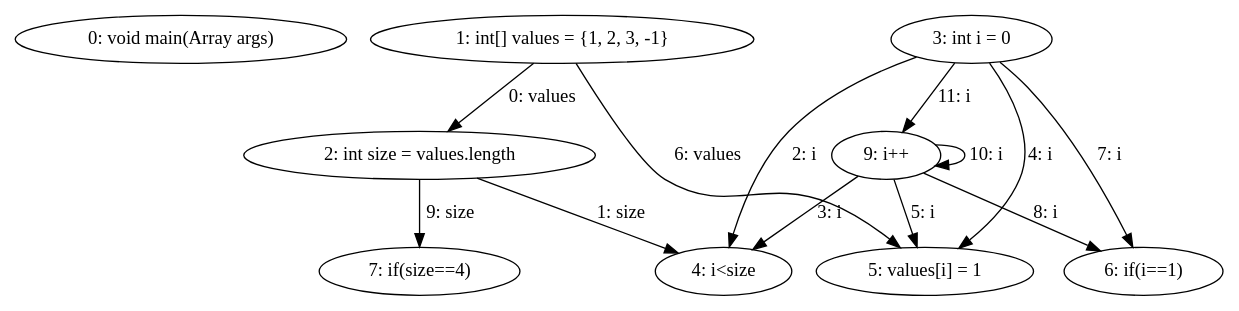
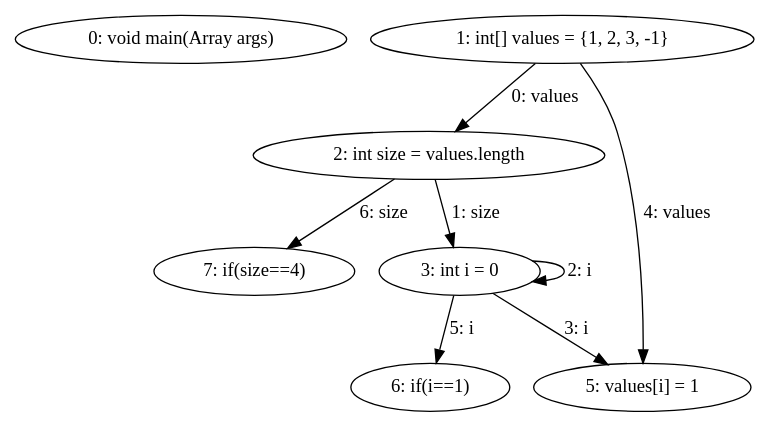
One commit to DominguesGM/comp_astanalyze changed the diagram in export/for_example_break_in_double_if_dfg.dot. Above: the diagram before and after it, drawn with Graphviz. The commit also changed 7 other files, not shown here.

```diff
--- a/export/for_example_break_in_double_if_dfg.dot
+++ b/export/for_example_break_in_double_if_dfg.dot
@@ -1,23 +1,16 @@
 digraph G {
   1 [ label="0: void main(Array args)" ];
   2 [ label="1: int[] values = {1, 2, 3, -1}" ];
   3 [ label="2: int size = values.length" ];
   4 [ label="3: int i = 0" ];
-  5 [ label="4: i<size" ];
-  6 [ label="5: values[i] = 1" ];
-  7 [ label="6: if(i==1)" ];
-  8 [ label="7: if(size==4)" ];
-  9 [ label="9: i++" ];
+  5 [ label="5: values[i] = 1" ];
+  6 [ label="6: if(i==1)" ];
+  7 [ label="7: if(size==4)" ];
   2 -> 3 [ label="0: values" ];
-  3 -> 5 [ label="1: size" ];
-  4 -> 5 [ label="2: i" ];
-  9 -> 5 [ label="3: i" ];
-  4 -> 6 [ label="4: i" ];
-  9 -> 6 [ label="5: i" ];
-  2 -> 6 [ label="6: values" ];
-  4 -> 7 [ label="7: i" ];
-  9 -> 7 [ label="8: i" ];
-  3 -> 8 [ label="9: size" ];
-  9 -> 9 [ label="10: i" ];
-  4 -> 9 [ label="11: i" ];
+  3 -> 4 [ label="1: size" ];
+  4 -> 4 [ label="2: i" ];
+  4 -> 5 [ label="3: i" ];
+  2 -> 5 [ label="4: values" ];
+  4 -> 6 [ label="5: i" ];
+  3 -> 7 [ label="6: size" ];
 }
```
